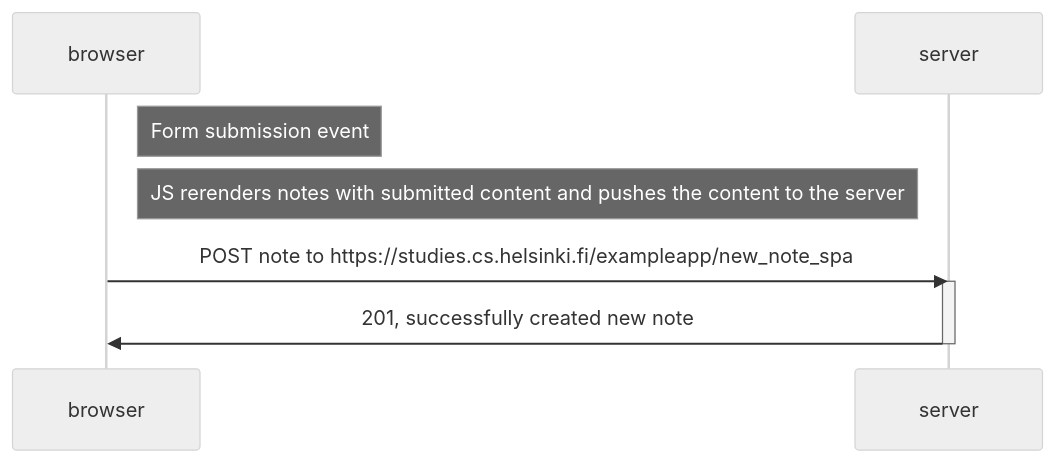
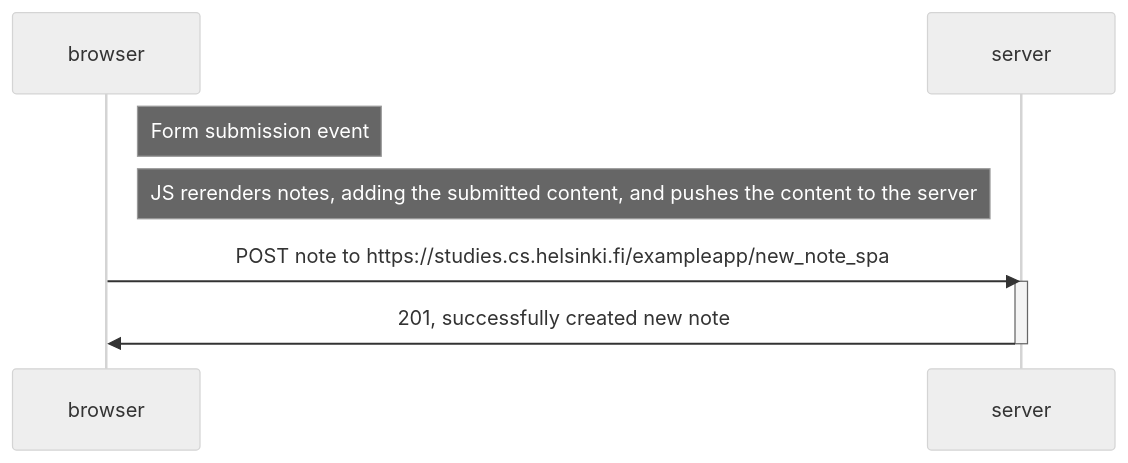
One commit to madman21345/fso-part0 changed the third of 3 diagrams in README.md. Above: the diagram before and after it, drawn with Mermaid (neutral theme).

````diff
--- a/README.md
+++ b/README.md
@@ -80,14 +80,14 @@
 ```mermaid
 sequenceDiagram;
     participant browser;
     participant server;
 
     Note right of browser: Form submission event
-    Note right of browser: JS rerenders notes with submitted content and pushes the content to the server
+    Note right of browser: JS rerenders notes, adding the submitted content, and pushes the content to the server
     browser->>server: POST note to https://studies.cs.helsinki.fi/exampleapp/new_note_spa;
     activate server;
     server->>browser: 201, successfully created new note;
     deactivate server;
 
 
 ```
````
